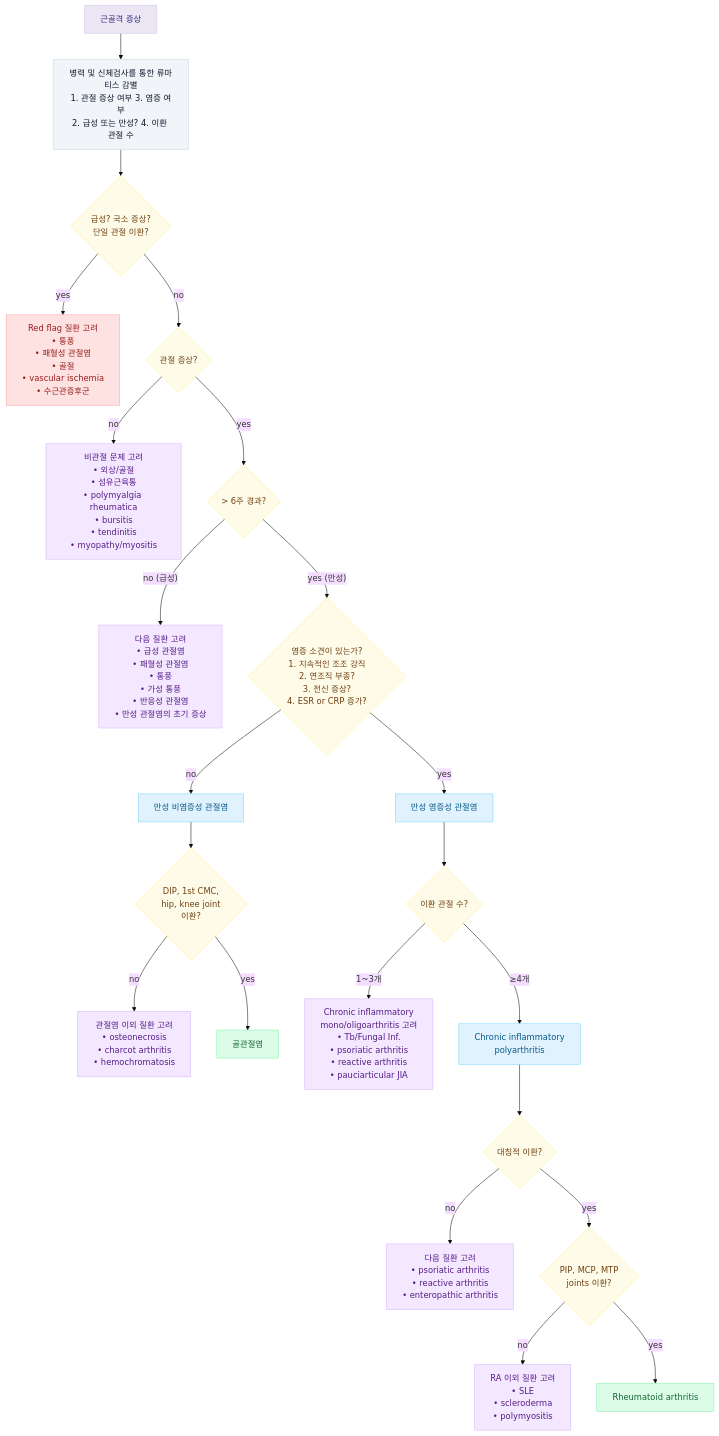
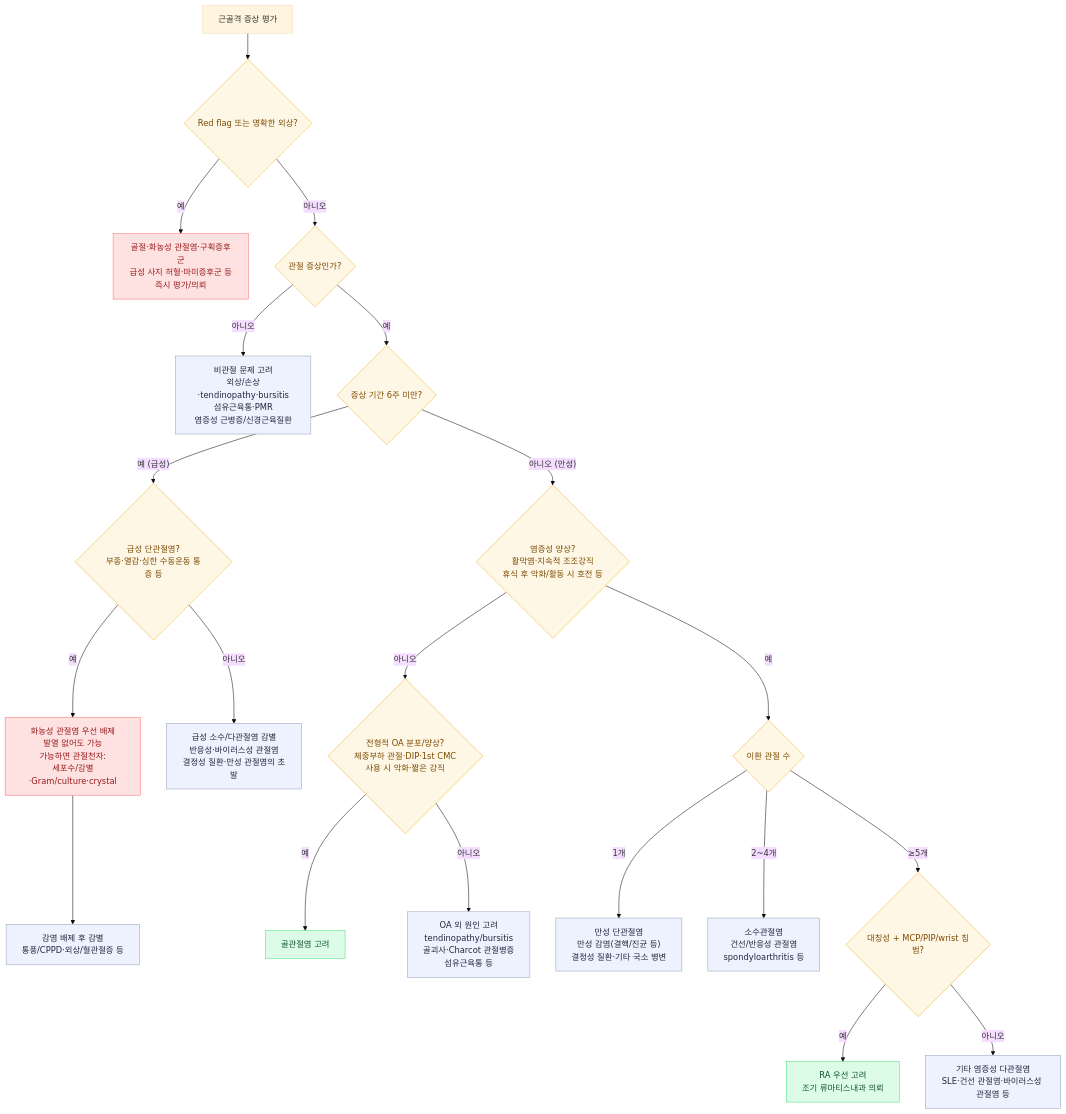
Before and after one commit to familyoh77/familyoh77: the diagram in 228_/134_.md, drawn with Mermaid (base theme). The commit also changed other lines of this file, not shown here.

````diff
--- a/228_/134_.md
+++ b/228_/134_.md
@@ -143,51 +136,36 @@
 ```mermaid
 flowchart TD
-    NodeA["근골격 증상"] --> NodeB["병력 및 신체검사를 통한 류마티스 감별<br>1. 관절 증상 여부 3. 염증 여부<br>2. 급성 또는 만성? 4. 이환 관절 수"]
+    S["근골격 증상 평가"] --> R{"Red flag 또는 명확한 외상?"}
+    R -- "예" --> RE["골절·화농성 관절염·구획증후군<br>급성 사지 허혈·마미증후군 등<br>즉시 평가/의뢰"]
+    R -- "아니오" --> Q1{"관절 증상인가?"}
 
-    NodeB --> NodeC{"급성? 국소 증상?<br>단일 관절 이환?"}
+    Q1 -- "아니오" --> NA["비관절 문제 고려<br>외상/손상·tendinopathy·bursitis<br>섬유근육통·PMR<br>염증성 근병증/신경근육질환"]
+    Q1 -- "예" --> Q2{"증상 기간 6주 미만?"}
 
-    NodeC -- "yes" --> RedFlag["Red flag 질환 고려<br>• 통풍<br>• 패혈성 관절염<br>• 골절<br>• vascular ischemia<br>• 수근관증후군"]
-    NodeC -- "no" --> NodeD{"관절 증상?"}
+    Q2 -- "예 (급성)" --> Q3{"급성 단관절염?<br>부종·열감·심한 수동운동 통증 등"}
+    Q3 -- "예" --> SA["화농성 관절염 우선 배제<br>발열 없어도 가능<br>가능하면 관절천자:<br>세포수/감별·Gram/culture·crystal"]
+    SA --> AC["감염 배제 후 감별<br>통풍/CPPD·외상/혈관절증 등"]
+    Q3 -- "아니오" --> AP["급성 소수/다관절염 감별<br>반응성·바이러스성 관절염<br>결정성 질환·만성 관절염의 초발"]
 
-    NodeD -- "no" --> NonJoint["비관절 문제 고려<br>• 외상/골절<br>• 섬유근육통<br>• polymyalgia rheumatica<br>• bursitis<br>• tendinitis<br>• myopathy/myositis"]
-    NodeD -- "yes" --> NodeE{"> 6주 경과?"}
+    Q2 -- "아니오 (만성)" --> Q4{"염증성 양상?<br>활막염·지속적 조조강직<br>휴식 후 악화/활동 시 호전 등"}
+    Q4 -- "아니오" --> Q5{"전형적 OA 분포/양상?<br>체중부하 관절·DIP·1st CMC<br>사용 시 악화·짧은 강직"}
+    Q5 -- "예" --> OA2["골관절염 고려"]
+    Q5 -- "아니오" --> NOA["OA 외 원인 고려<br>tendinopathy/bursitis<br>골괴사·Charcot 관절병증<br>섬유근육통 등"]
 
-    NodeE -- "no (급성)" --> AcuteJoint["다음 질환 고려<br>• 급성 관절염<br>• 패혈성 관절염<br>• 통풍<br>• 가성 통풍<br>• 반응성 관절염<br>• 만성 관절염의 초기 증상"]
-    NodeE -- "yes (만성)" --> NodeF{"염증 소견이 있는가?<br>1. 지속적인 조조 강직<br>2. 연조직 부종?<br>3. 전신 증상?<br>4. ESR or CRP 증가?"}
+    Q4 -- "예" --> Q6{"이환 관절 수"}
+    Q6 -- "1개" --> MONO["만성 단관절염<br>만성 감염(결핵/진균 등)<br>결정성 질환·기타 국소 병변"]
+    Q6 -- "2~4개" --> OLIGO["소수관절염<br>건선/반응성 관절염<br>spondyloarthritis 등"]
+    Q6 -- "≥5개" --> Q7{"대칭성 + MCP/PIP/wrist 침범?"}
+    Q7 -- "예" --> RA2["RA 우선 고려<br>조기 류마티스내과 의뢰"]
+    Q7 -- "아니오" --> POLY["기타 염증성 다관절염<br>SLE·건선 관절염·바이러스성 관절염 등"]
 
-    NodeF -- "no" --> NonInflam["만성 비염증성 관절염"]
-    NodeF -- "yes" --> Inflam["만성 염증성 관절염"]
+    classDef q fill:#FFF7E6,stroke:#F0B429,stroke-width:1px,color:#7A4A00;
+    classDef box fill:#EEF2FF,stroke:#94A3B8,stroke-width:1px,color:#1E293B;
+    classDef danger fill:#FEE2E2,stroke:#F87171,stroke-width:1px,color:#991B1B;
+    classDef good fill:#DCFCE7,stroke:#4ADE80,stroke-width:1px,color:#14532B;
 
-    NonInflam --> NodeG{"DIP, 1st CMC,<br>hip, knee joint<br>이환?"}
-    NodeG -- "no" --> NonOA["관절염 이외 질환 고려<br>• osteonecrosis<br>• charcot arthritis<br>• hemochromatosis"]
-    NodeG -- "yes" --> OA["골관절염"]
-
-    Inflam --> NodeH{"이환 관절 수?"}
-
-    NodeH -- "1~3개" --> MonoOligo["Chronic inflammatory<br>mono/oligoarthritis 고려<br>• Tb/Fungal Inf.<br>• psoriatic arthritis<br>• reactive arthritis<br>• pauciarticular JIA"]
-    NodeH -- "≥4개" --> Poly["Chronic inflammatory<br>polyarthritis"]
-
-    Poly --> NodeI{"대칭적 이환?"}
-
-    NodeI -- "no" --> AsymPoly["다음 질환 고려<br>• psoriatic arthritis<br>• reactive arthritis<br>• enteropathic arthritis"]
-    NodeI -- "yes" --> NodeJ{"PIP, MCP, MTP<br>joints 이환?"}
-
-    NodeJ -- "no" --> NonRA["RA 이외 질환 고려<br>• SLE<br>• scleroderma<br>• polymyositis"]
-    NodeJ -- "yes" --> RA["Rheumatoid arthritis"]
-
-    classDef startNode fill:#ECE6F4,stroke:#D1C4E9,stroke-width:1px,color:#312E81;
-    classDef stepNode fill:#F1F5F9,stroke:#CBD5E1,stroke-width:1px,color:#0F172A;
-    classDef decision fill:#FEFCE8,stroke:#FEF08A,stroke-width:1px,color:#713F12;
-    classDef alert fill:#FEE2E2,stroke:#FCA5A5,stroke-width:1px,color:#991B1B;
-    classDef purpleBox fill:#F3E8FF,stroke:#D8B4FE,stroke-width:1px,color:#581C87;
-    classDef blueBox fill:#E0F2FE,stroke:#7DD3FC,stroke-width:1px,color:#075985;
-    classDef greenBox fill:#DCFCE7,stroke:#86EFAC,stroke-width:1px,color:#166534;
-
-    class NodeA startNode;
-    class NodeB stepNode;
-    class NodeC,NodeD,NodeE,NodeF,NodeG,NodeH,NodeI,NodeJ decision;
-    class RedFlag alert;
-    class NonJoint,AcuteJoint,NonOA,MonoOligo,AsymPoly,NonRA purpleBox;
-    class NonInflam,Inflam,Poly blueBox;
-    class OA,RA greenBox;
+    class R,Q1,Q2,Q3,Q4,Q5,Q6,Q7 q;
+    class NA,AC,AP,NOA,MONO,OLIGO,POLY box;
+    class RE,SA danger;
+    class OA2,RA2 good;
 ```
````
